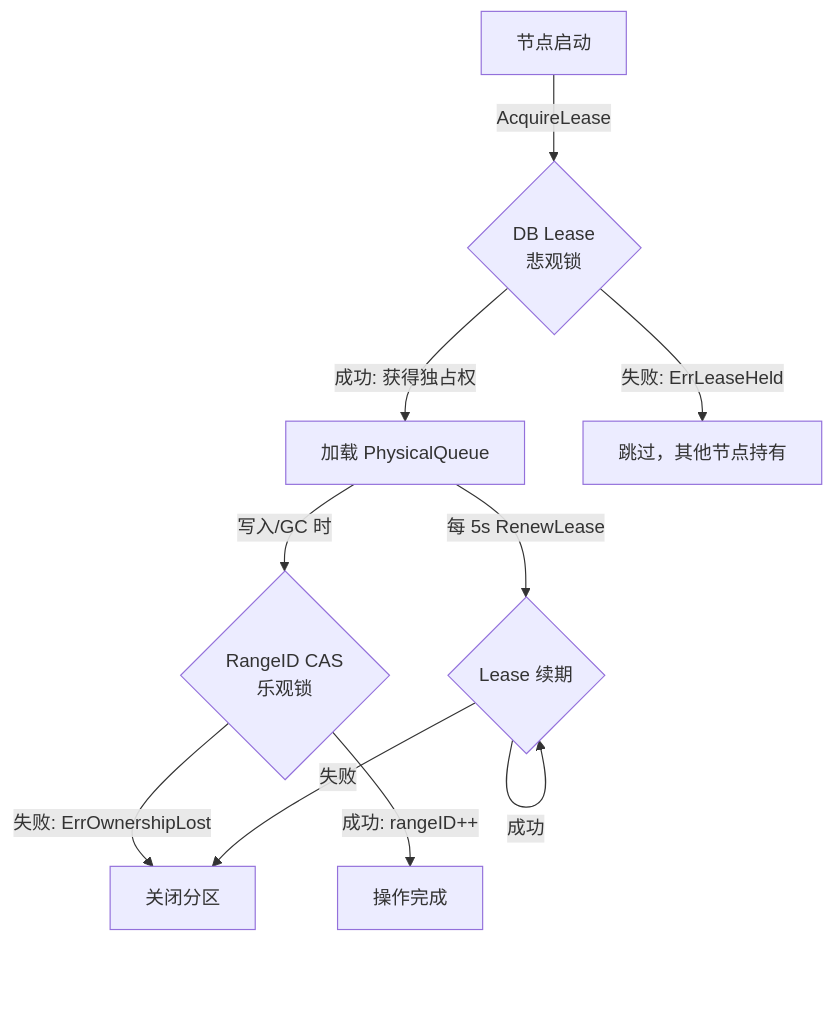
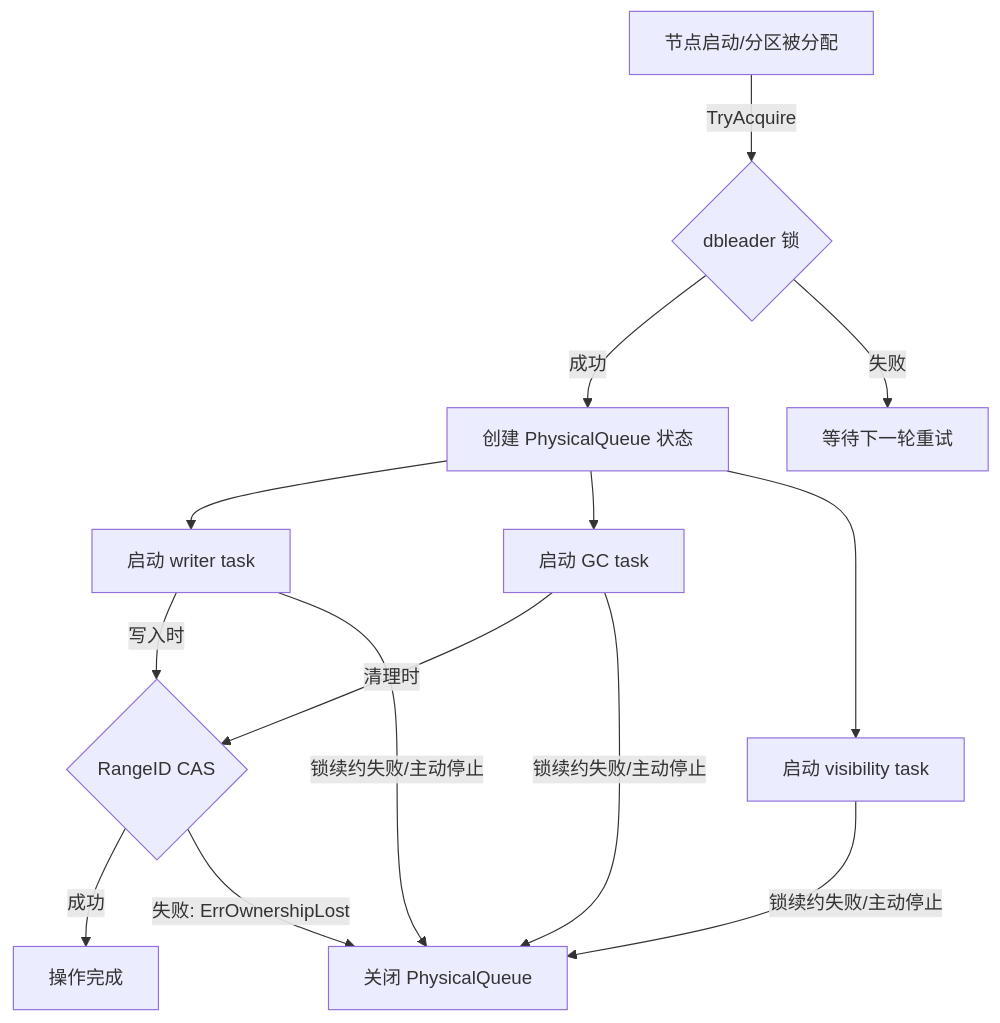
The third of 9 diagrams in README.md (donutnomad/taskq), drawn with Mermaid before and after one commit. The commit also changed other lines of this file and 19 other files, not shown here.

````diff
--- a/README.md
+++ b/README.md
@@ -133,12 +133,16 @@
 ```mermaid
 graph TD
-    A[节点启动] -->|AcquireLease| B{DB Lease<br/>悲观锁}
-    B -->|成功: 获得独占权| C[加载 PhysicalQueue]
-    B -->|失败: ErrLeaseHeld| D[跳过，其他节点持有]
-    C -->|每 5s RenewLease| E{Lease 续期}
-    E -->|成功| E
-    E -->|失败| F[关闭分区]
-    C -->|写入/GC 时| G{RangeID CAS<br/>乐观锁}
-    G -->|成功: rangeID++| H[操作完成]
-    G -->|失败: ErrOwnershipLost| F
+    A[节点启动/分区被分配] -->|TryAcquire| B{dbleader 锁}
+    B -->|成功| C[创建 PhysicalQueue 状态]
+    C --> D[启动 writer task]
+    C --> E[启动 GC task]
+    C --> F[启动 visibility task]
+    B -->|失败| G[等待下一轮重试]
+    D -->|写入时| H{RangeID CAS}
+    E -->|清理时| H
+    D -->|锁续约失败/主动停止| I[关闭 PhysicalQueue]
+    E -->|锁续约失败/主动停止| I
+    F -->|锁续约失败/主动停止| I
+    H -->|成功| J[操作完成]
+    H -->|失败: ErrOwnershipLost| I
 ```
````
